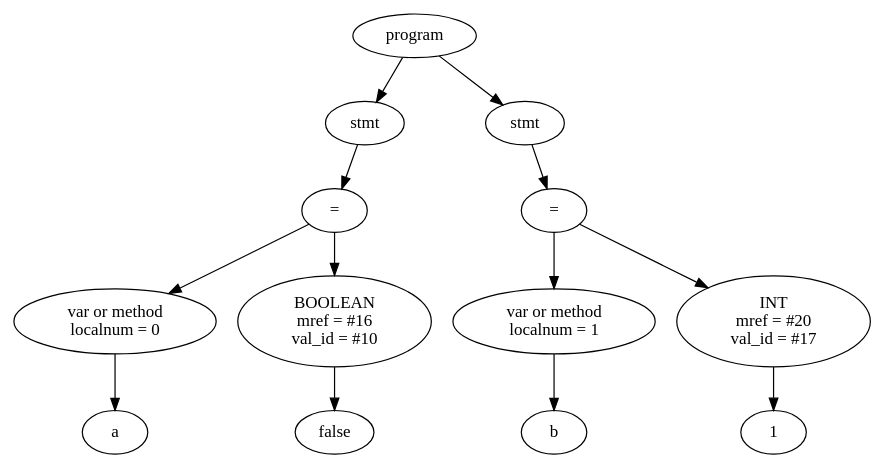
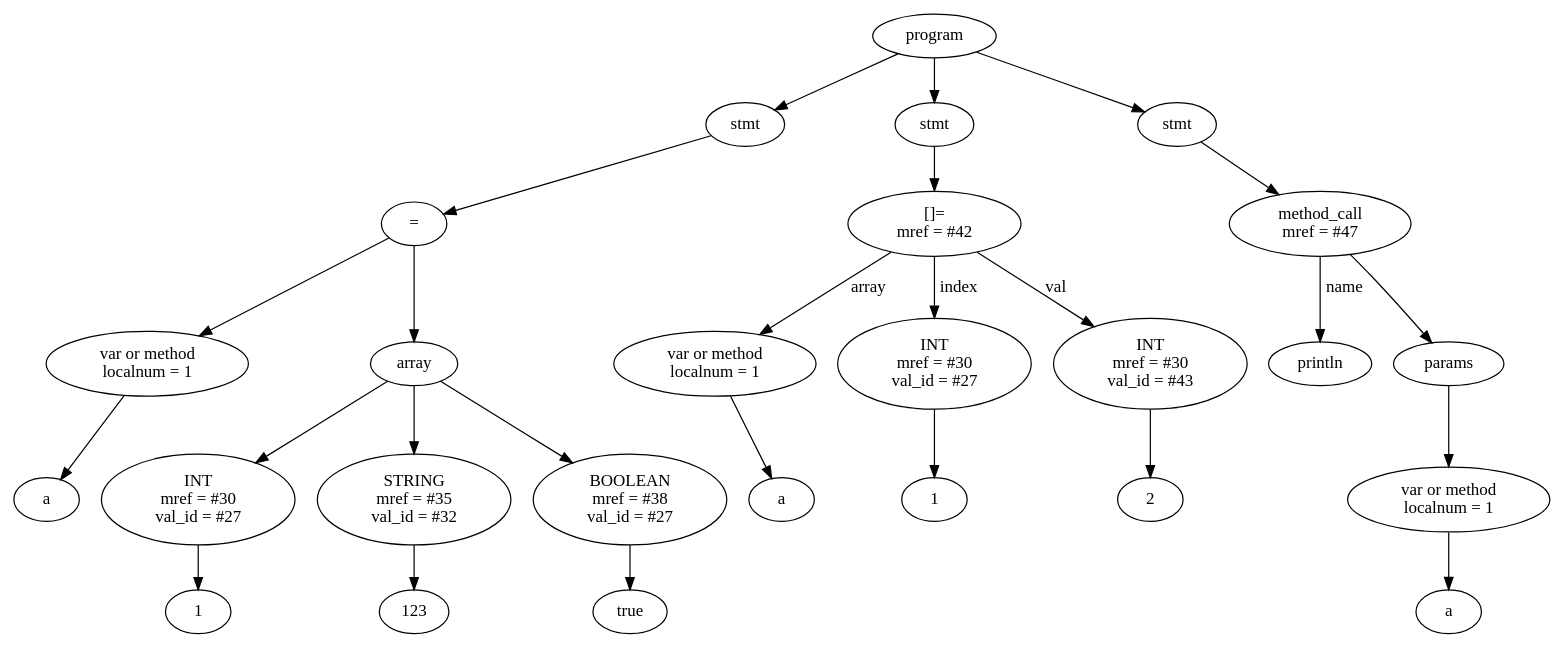
One commit to Kulakov-Nikita/RubyCompiler changed the diagram in RubyCompiler/tree.dot. Above: the diagram before and after it, drawn with Graphviz. The commit also changed 5 other files, not shown here.

```diff
--- a/RubyCompiler/tree.dot
+++ b/RubyCompiler/tree.dot
@@ -1,27 +1,53 @@
 digraph G {
-Id012E4788 [label="program"]
-Id012E3D90 [label="stmt"]
-Id012E3D30 [label="="]
-Id012D51E8 [label="var or method\n localnum = 0"]
-IdVal012D51E8 [label="a"]
-Id012D51E8->IdVal012D51E8
-Id012E3CD0 [label="BOOLEAN\n mref = #16\n val_id = #10"]
-IdVal012E3CD0 [label="false"]
-Id012E3CD0->IdVal012E3CD0
-Id012E3D30->Id012D51E8
-Id012E3D30->Id012E3CD0
-Id012E3D90->Id012E3D30
-Id012E4788->Id012E3D90
-Id012E3FB8 [label="stmt"]
-Id012E3EE0 [label="="]
-Id012E3E20 [label="var or method\n localnum = 1"]
-IdVal012E3E20 [label="b"]
-Id012E3E20->IdVal012E3E20
-Id012E3E80 [label="INT\n mref = #20\n val_id = #17"]
-IdVal012E3E80 [label="1"]
-Id012E3E80->IdVal012E3E80
-Id012E3EE0->Id012E3E20
-Id012E3EE0->Id012E3E80
-Id012E3FB8->Id012E3EE0
-Id012E4788->Id012E3FB8
+Id014250E0 [label="program"]
+Id01424488 [label="stmt"]
+Id01424418 [label="="]
+Id014241E8 [label="var or method\n localnum = 1"]
+IdVal014241E8 [label="a"]
+Id014241E8->IdVal014241E8
+Id014243A8 [label = "array"]
+Id01424258 [label="INT\n mref = #30\n val_id = #27"]
+IdVal01424258 [label="1"]
+Id01424258->IdVal01424258
+Id014243A8->Id01424258
+Id014242C8 [label="STRING\n mref = #35\n val_id = #32"]
+IdVal014242C8 [label="123"]
+Id014242C8->IdVal014242C8
+Id014243A8->Id014242C8
+Id01424338 [label="BOOLEAN\n mref = #38\n val_id = #27"]
+IdVal01424338 [label="true"]
+Id01424338->IdVal01424338
+Id014243A8->Id01424338
+Id01424418->Id014241E8
+Id01424418->Id014243A8
+Id01424488->Id01424418
+Id014250E0->Id01424488
+Id01424DB0 [label="stmt"]
+Id014246D8 [label="[]=\nmref = #42"]
+Id01424518 [label="var or method\n localnum = 1"]
+IdVal01424518 [label="a"]
+Id01424518->IdVal01424518
+Id014246D8->Id01424518 [label = "array"]
+Id01424588 [label="INT\n mref = #30\n val_id = #27"]
+IdVal01424588 [label="1"]
+Id01424588->IdVal01424588
+Id014246D8->Id01424588 [label = "index"]
+Id01424668 [label="INT\n mref = #30\n val_id = #43"]
+IdVal01424668 [label="2"]
+Id01424668->IdVal01424668
+Id014246D8->Id01424668 [label = "val"]
+Id01424DB0->Id014246D8
+Id014250E0->Id01424DB0
+Id01424AE0 [label="stmt"]
+Id01425030 [label="method_call\n mref = #47"]
+IdMethodNameVal01425030 [label="println"]
+Id01425030->IdMethodNameVal01425030 [label="name"]
+Id0141EBF8 [label="params"]
+Id01425030->Id0141EBF8
+Id01424FC0 [label="var or method\n localnum = 1"]
+IdVal01424FC0 [label="a"]
+Id01424FC0->IdVal01424FC0
+Id0141EBF8->Id01424FC0
+Id01424AE0->Id01425030
+Id014250E0->Id01424AE0
 }
```
